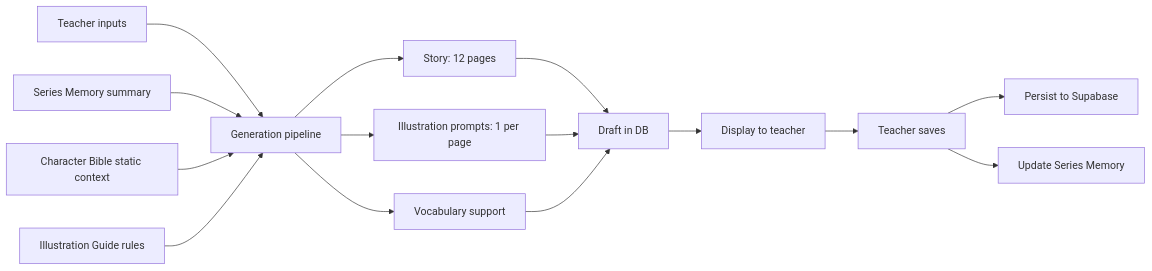
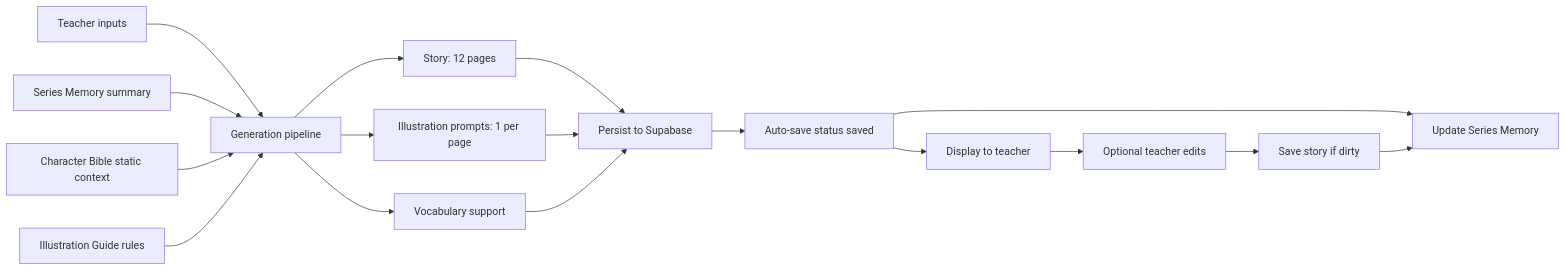
Before and after one commit to kisdreamteam/storygenv203: the third of 3 diagrams in docs/phase-b-architecture-map.md, drawn with Mermaid. The commit also changed other lines of this file and 44 other files, not shown here.

First line of the commit message:
Add story setup editing, auto-save workflow, and locked character continuity.

````diff
--- a/docs/phase-b-architecture-map.md
+++ b/docs/phase-b-architecture-map.md
@@ -290,17 +300,19 @@
 ```mermaid
 flowchart LR
     inputs[Teacher inputs] --> pipeline[Generation pipeline]
     memory[Series Memory summary] --> pipeline
     bible[Character Bible static context] --> pipeline
     illusGuide[Illustration Guide rules] --> pipeline
     pipeline --> storyGen[Story: 12 pages]
     pipeline --> promptGen[Illustration prompts: 1 per page]
     pipeline --> vocabGen[Vocabulary support]
-    storyGen --> draft[Draft in DB]
-    promptGen --> draft
-    vocabGen --> draft
-    draft --> display[Display to teacher]
-    display --> saveAction[Teacher saves]
-    saveAction --> persist[Persist to Supabase]
-    saveAction --> memoryUpdate[Update Series Memory]
+    storyGen --> persist[Persist to Supabase]
+    promptGen --> persist
+    vocabGen --> persist
+    persist --> autoSave[Auto-save status saved]
+    autoSave --> memoryUpdate[Update Series Memory]
+    autoSave --> display[Display to teacher]
+    display --> editAction[Optional teacher edits]
+    editAction --> manualSave[Save story if dirty]
+    manualSave --> memoryUpdate
 ```
````
